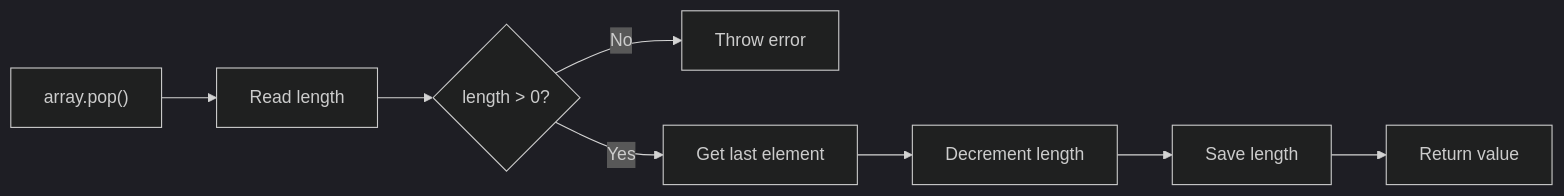
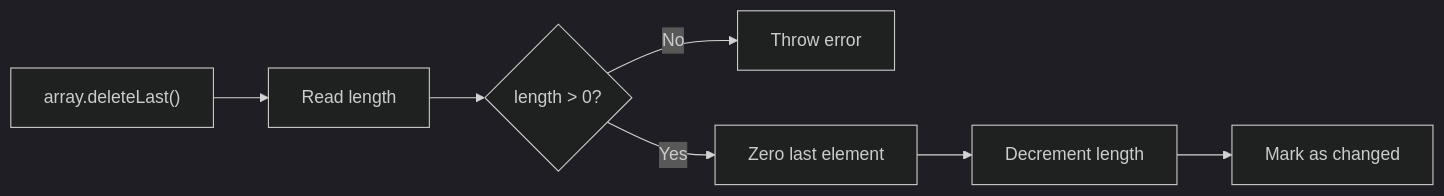
The third of 3 diagrams in docs/storage/stored-arrays.md (btc-vision/btc-runtime), drawn with Mermaid before and after one commit. The commit also changed other lines of this file and 30 other files, not shown here.

````diff
--- a/docs/storage/stored-arrays.md
+++ b/docs/storage/stored-arrays.md
@@ -132,14 +135,13 @@
 ```mermaid
 ---
 config:
   theme: dark
 ---
 flowchart LR
-    A["array.pop()"] --> B["Read length"]
+    A["array.deleteLast()"] --> B["Read length"]
     B --> C{"length > 0?"}
     C -->|"No"| D["Throw error"]
-    C -->|"Yes"| E["Get last element"]
+    C -->|"Yes"| E["Zero last element"]
     E --> F["Decrement length"]
-    F --> G["Save length"]
-    G --> H["Return value"]
+    F --> G["Mark as changed"]
 ```
````
